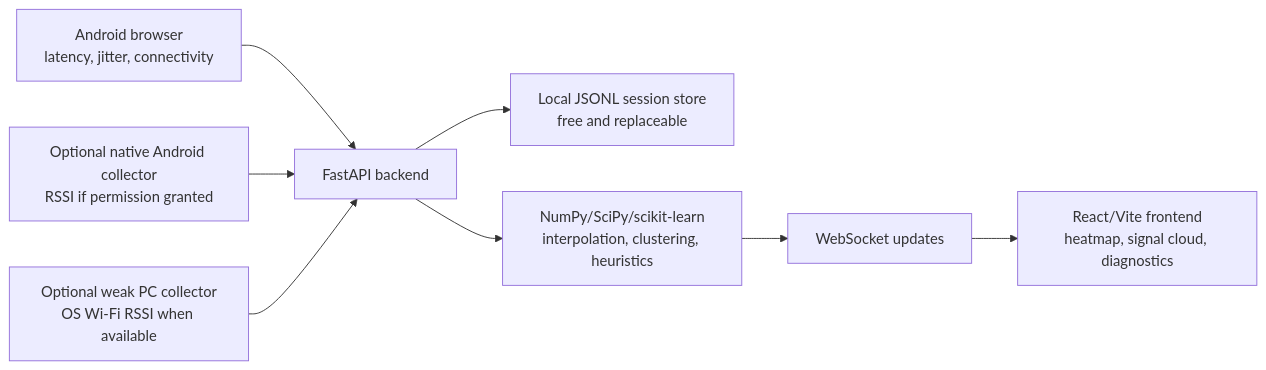
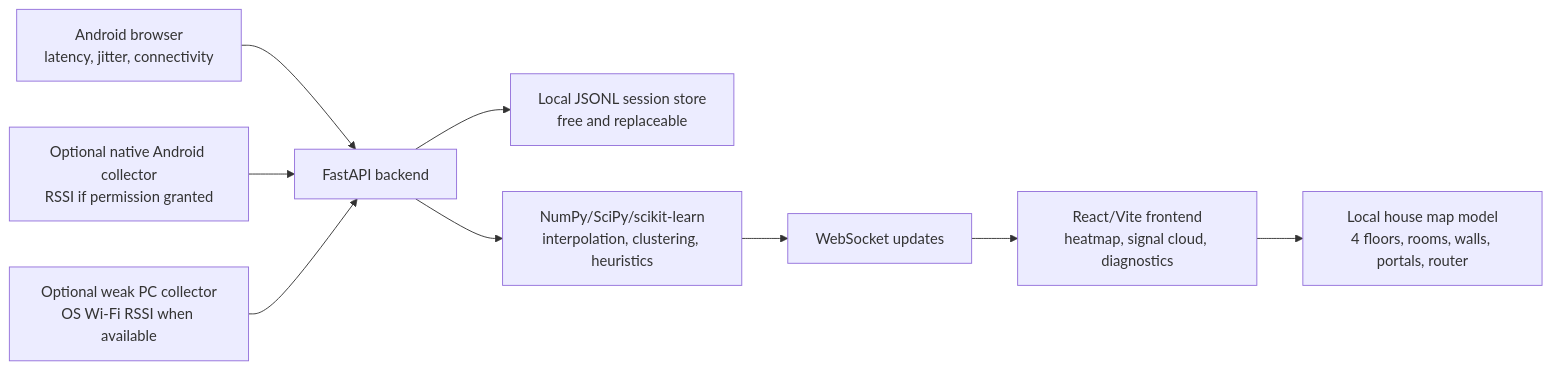
Before and after one commit to adernall/aethersense: the diagram in docs/ARCHITECTURE.md, drawn with Mermaid. The commit also changed other lines of this file and 15 other files, not shown here.

````diff
--- a/docs/ARCHITECTURE.md
+++ b/docs/ARCHITECTURE.md
@@ -3,10 +3,11 @@
 ```mermaid
 flowchart LR
   Phone["Android browser<br/>latency, jitter, connectivity"] --> API["FastAPI backend"]
   OptionalAndroid["Optional native Android collector<br/>RSSI if permission granted"] --> API
   OptionalPC["Optional weak PC collector<br/>OS Wi-Fi RSSI when available"] --> API
+  UI["React/Vite frontend<br/>heatmap, signal cloud, diagnostics"] --> House["Local house map model<br/>4 floors, rooms, walls, portals, router"]
   API --> Store["Local JSONL session store<br/>free and replaceable"]
   API --> Analysis["NumPy/SciPy/scikit-learn<br/>interpolation, clustering, heuristics"]
   Analysis --> WS["WebSocket updates"]
-  WS --> UI["React/Vite frontend<br/>heatmap, signal cloud, diagnostics"]
+  WS --> UI
 ```
````
